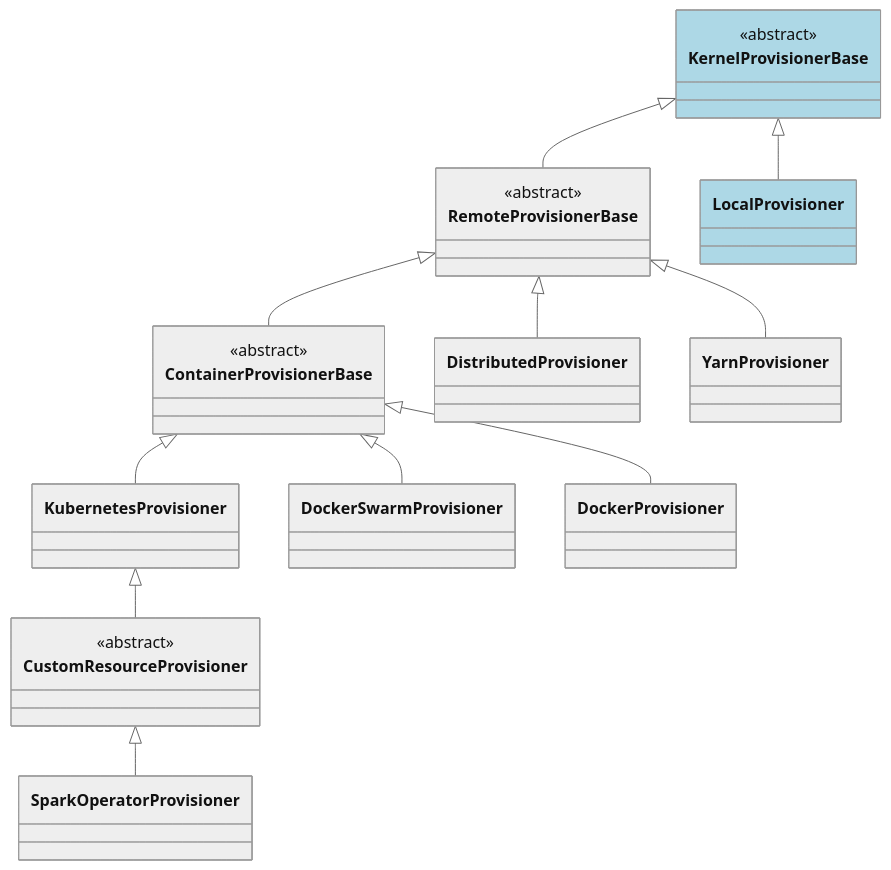
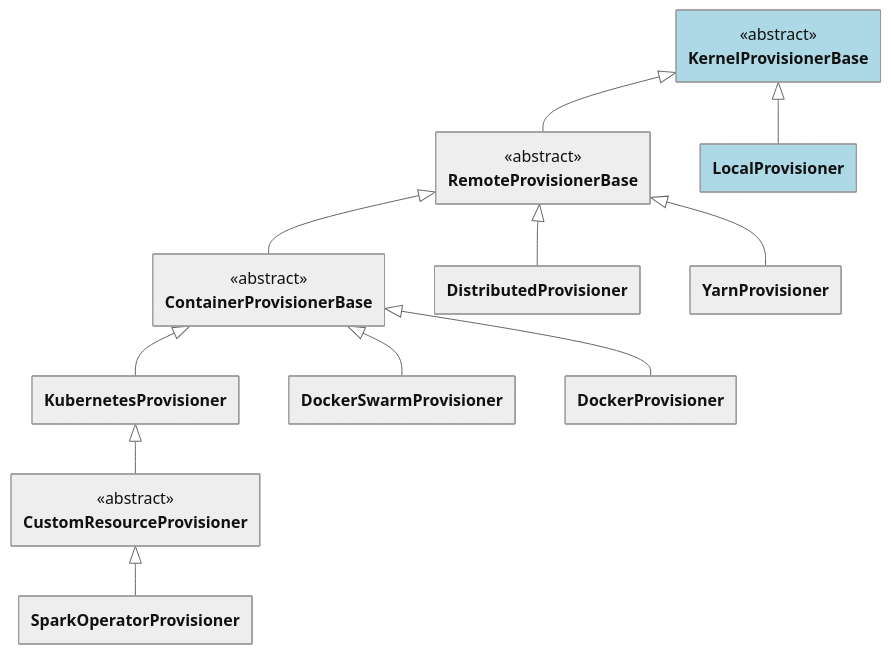
One commit to jupyter-server/gateway_provisioners changed the diagram in docs/source/contributors/system-architecture.md. Above: the diagram before and after it, drawn with Mermaid (neutral theme). The commit also changed 2 other files, not shown here.

Commit message:
Improve the Mermaid diagrams (remove empty boxes, fix contrast)

````diff
--- a/docs/source/contributors/system-architecture.md
+++ b/docs/source/contributors/system-architecture.md
@@ -58,31 +58,32 @@
 ```{mermaid}
+%%{init: {'class': {'hideEmptyMembersBox': true}}}%%
 classDiagram
   direction TB
 
   class KernelProvisionerBase {
     <<abstract>>
   }
   class RemoteProvisionerBase {
     <<abstract>>
   }
   class ContainerProvisionerBase {
     <<abstract>>
   }
   class CustomResourceProvisioner {
     <<abstract>>
   }
 
   KernelProvisionerBase <|-- LocalProvisioner
   KernelProvisionerBase <|-- RemoteProvisionerBase
   RemoteProvisionerBase <|-- DistributedProvisioner
   RemoteProvisionerBase <|-- YarnProvisioner
   RemoteProvisionerBase <|-- ContainerProvisionerBase
   ContainerProvisionerBase <|-- KubernetesProvisioner
   ContainerProvisionerBase <|-- DockerSwarmProvisioner
   ContainerProvisionerBase <|-- DockerProvisioner
   KubernetesProvisioner <|-- CustomResourceProvisioner
   CustomResourceProvisioner <|-- SparkOperatorProvisioner
 
-  style KernelProvisionerBase fill:#add8e6
-  style LocalProvisioner fill:#add8e6
+  style KernelProvisionerBase fill:#add8e6,color:#111111
+  style LocalProvisioner fill:#add8e6,color:#111111
 ```
````
